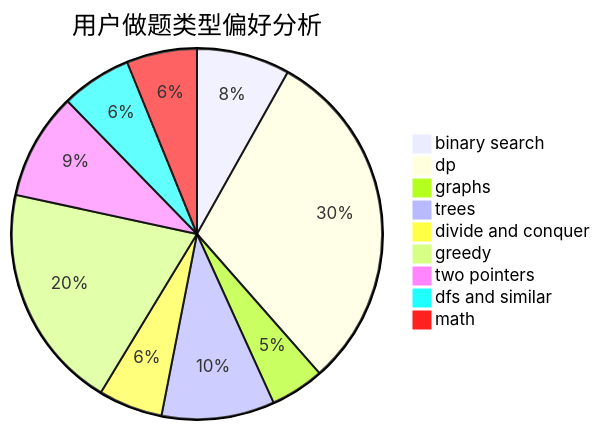
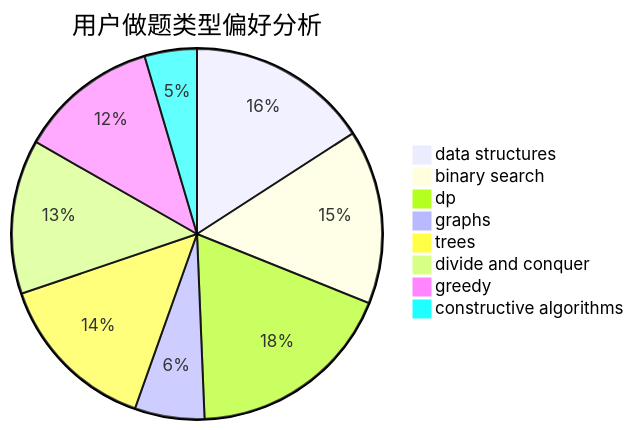
The second of 3 diagrams in docs/user/u1239.md (sherpahu/cfrs.github.io), drawn with Mermaid before and after one commit. The commit also changed other lines of this file and 2775 other files, not shown here.

````diff
--- a/docs/user/u1239.md
+++ b/docs/user/u1239.md
@@ -23,12 +23,11 @@
 ```mermaid
 pie title 用户做题类型偏好分析
-    "binary search" :  90
-    "dp" :  336
-    "graphs" :  52
-    "trees" :  109
+    "data structures" :  73
+    "binary search" :  70
+    "dp" :  84
+    "graphs" :  28
+    "trees" :  66
     "divide and conquer" :  62
-    "greedy" :  218
-    "two pointers" :  103
-    "dfs and similar" :  68
-    "math" :  68
+    "greedy" :  56
+    "constructive algorithms" :  21
 ```
````
